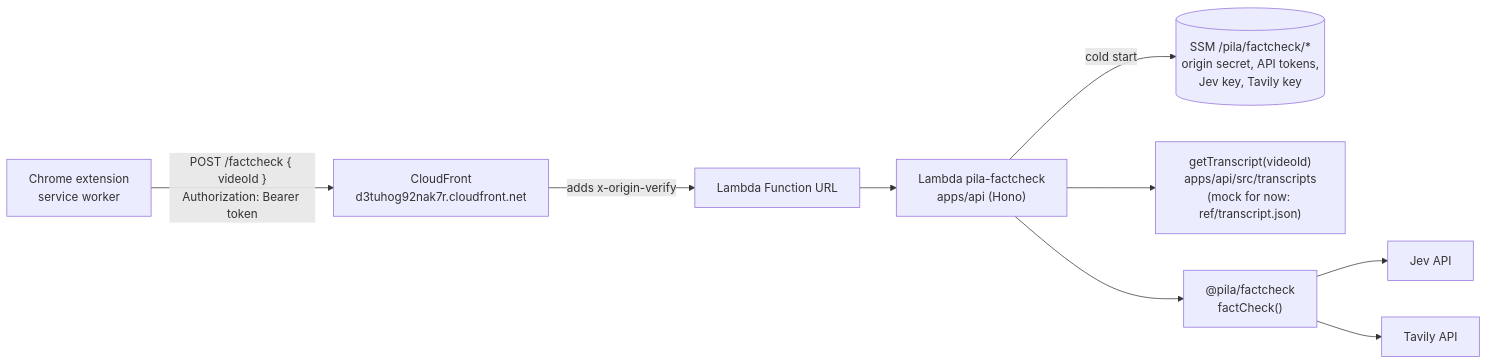
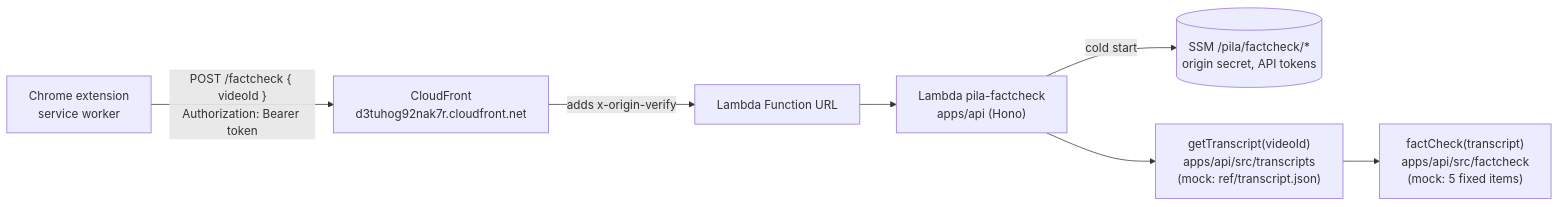
One commit to twbraam/pila changed the first of 6 diagrams in packages/factcheck/docs/workflow.md. Above: the diagram before and after it, drawn with Mermaid. The commit also changed other lines of this file and 18 other files, not shown here.

First line of the commit message:
feat: API chains transcript and fact-check functions, returns FactCheckItem[] mock

````diff
--- a/packages/factcheck/docs/workflow.md
+++ b/packages/factcheck/docs/workflow.md
@@ -14,11 +16,9 @@
 ```mermaid
 flowchart LR
     EXT["Chrome extension<br/>service worker"] -->|"POST /factcheck { videoId }<br/>Authorization: Bearer token"| CF["CloudFront<br/>d3tuhog92nak7r.cloudfront.net"]
     CF -->|"adds x-origin-verify"| URL["Lambda Function URL"]
     URL --> L["Lambda pila-factcheck<br/>apps/api (Hono)"]
-    L -->|"cold start"| SSM[("SSM /pila/factcheck/*<br/>origin secret, API tokens,<br/>Jev key, Tavily key")]
-    L --> TR["getTranscript(videoId)<br/>apps/api/src/transcripts<br/>(mock for now: ref/transcript.json)"]
-    L --> LIB["@pila/factcheck<br/>factCheck()"]
-    LIB --> J["Jev API"]
-    LIB --> T["Tavily API"]
+    L -->|"cold start"| SSM[("SSM /pila/factcheck/*<br/>origin secret, API tokens")]
+    L --> TR["getTranscript(videoId)<br/>apps/api/src/transcripts<br/>(mock: ref/transcript.json)"]
+    TR --> FC["factCheck(transcript)<br/>apps/api/src/factcheck<br/>(mock: 5 fixed items)"]
 ```
````
